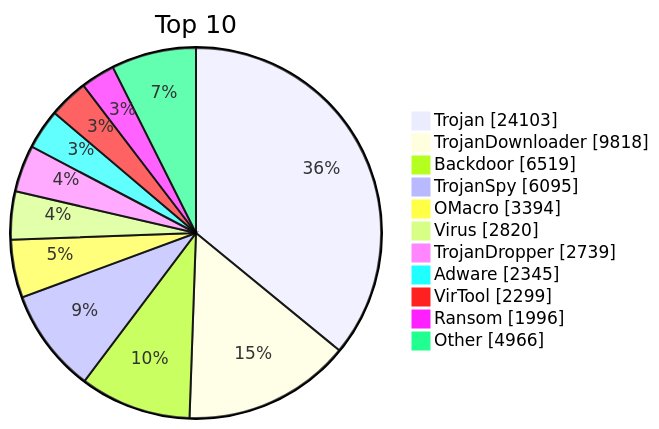
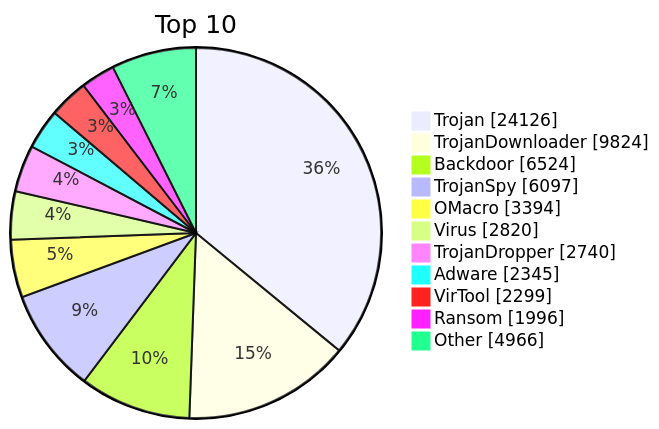
One commit to JerryLinLinLin/huorong-virdb-changelog changed the diagram in README.md. Above: the diagram before and after it, drawn with Mermaid. The commit also changed other lines of this file and 14 other files, not shown here.

````diff
--- a/README.md
+++ b/README.md
@@ -19,15 +19,15 @@
 ```mermaid
 pie showData
     title Top 10
-    "Trojan" : 24103
-    "TrojanDownloader" : 9818
-    "Backdoor" : 6519
-    "TrojanSpy" : 6095
+    "Trojan" : 24126
+    "TrojanDownloader" : 9824
+    "Backdoor" : 6524
+    "TrojanSpy" : 6097
     "OMacro" : 3394
     "Virus" : 2820
-    "TrojanDropper" : 2739
+    "TrojanDropper" : 2740
     "Adware" : 2345
     "VirTool" : 2299
     "Ransom" : 1996
     "Other" : 4966
 ```
````
